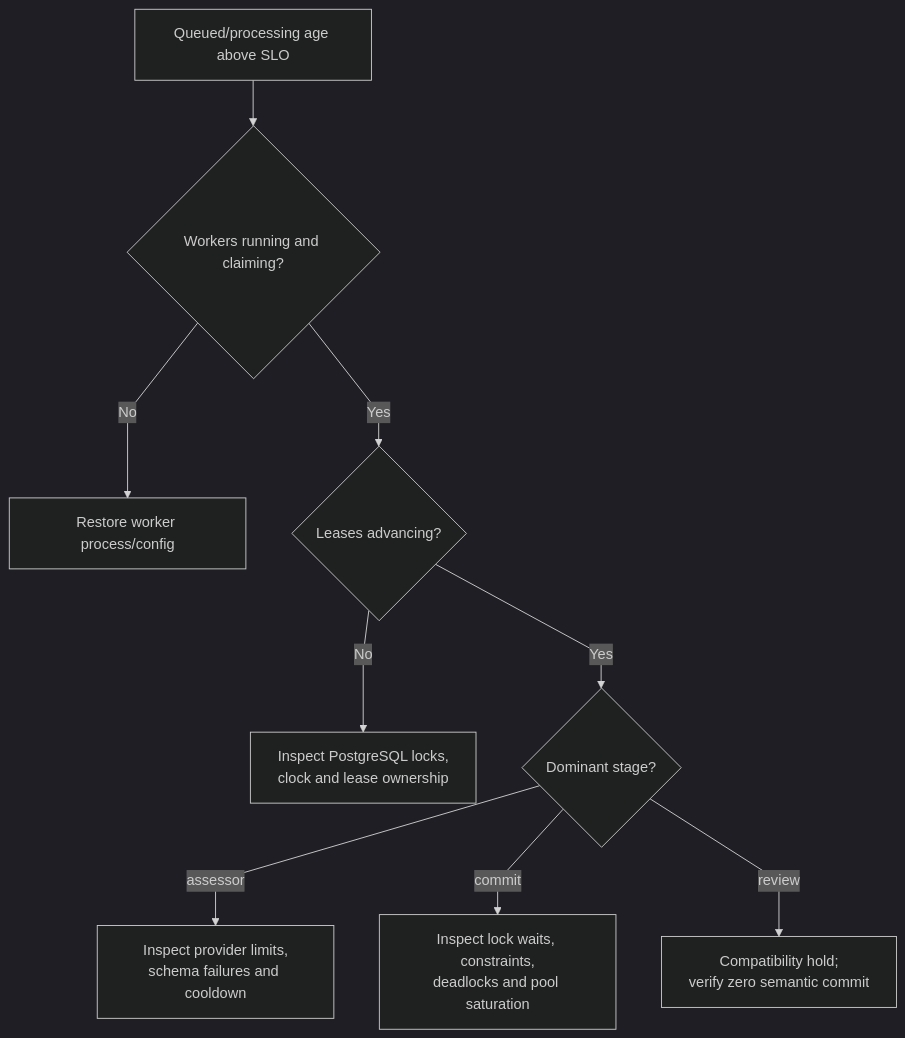
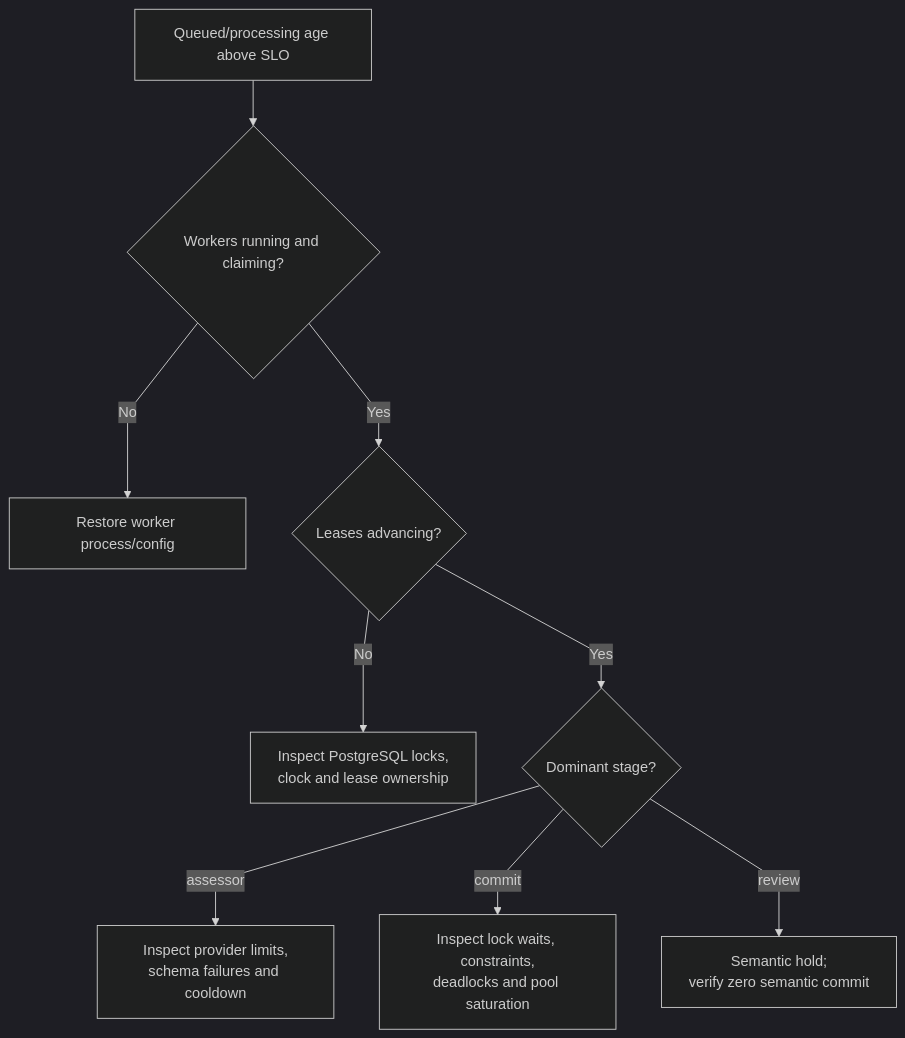
The fourth of 10 diagrams in Operations-Runbook.md (markhuangai/dense-mem), drawn with Mermaid (dark theme) before and after one commit. The commit also changed other lines of this file and 24 other files, not shown here.

````diff
--- a/Operations-Runbook.md
+++ b/Operations-Runbook.md
@@ -325,12 +325,12 @@
 ```mermaid
 %%{init: {"flowchart": {"curve": "linear"}}}%%
 flowchart TD
   Backlog["Queued/processing age above SLO"] --> Workers{"Workers running and claiming?"}
   Workers -- No --> Start["Restore worker process/config"]
   Workers -- Yes --> Lease{"Leases advancing?"}
   Lease -- No --> Locks["Inspect PostgreSQL locks,<br/>clock and lease ownership"]
   Lease -- Yes --> Stage{"Dominant stage?"}
   Stage -- assessor --> Provider["Inspect provider limits,<br/>schema failures and cooldown"]
   Stage -- commit --> DB["Inspect lock waits, constraints,<br/>deadlocks and pool saturation"]
-  Stage -- review --> Review["Compatibility hold;<br/>verify zero semantic commit"]
+  Stage -- review --> Review["Semantic hold;<br/>verify zero semantic commit"]
 ```
````
